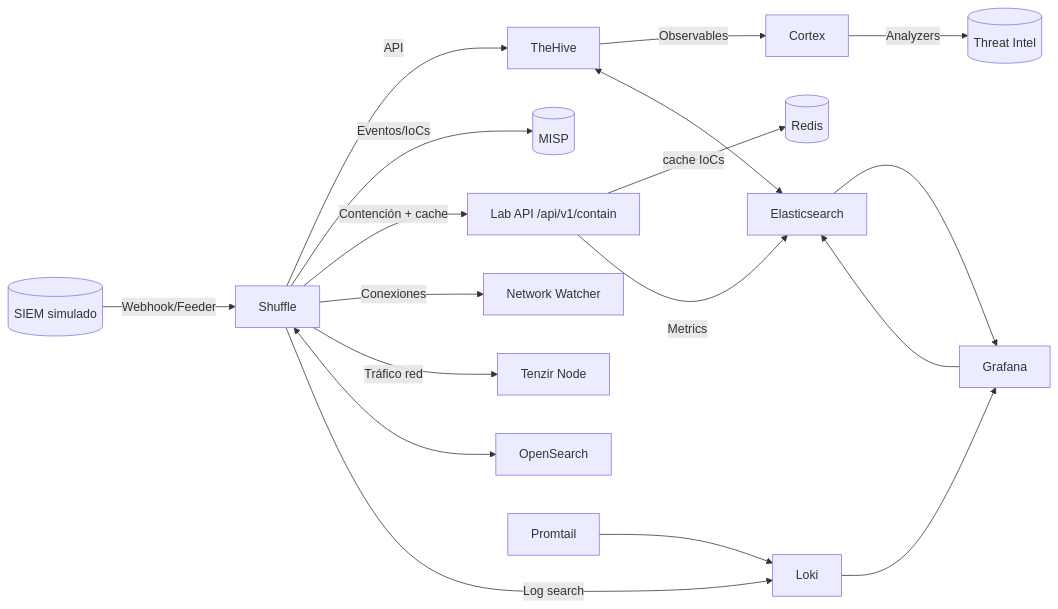
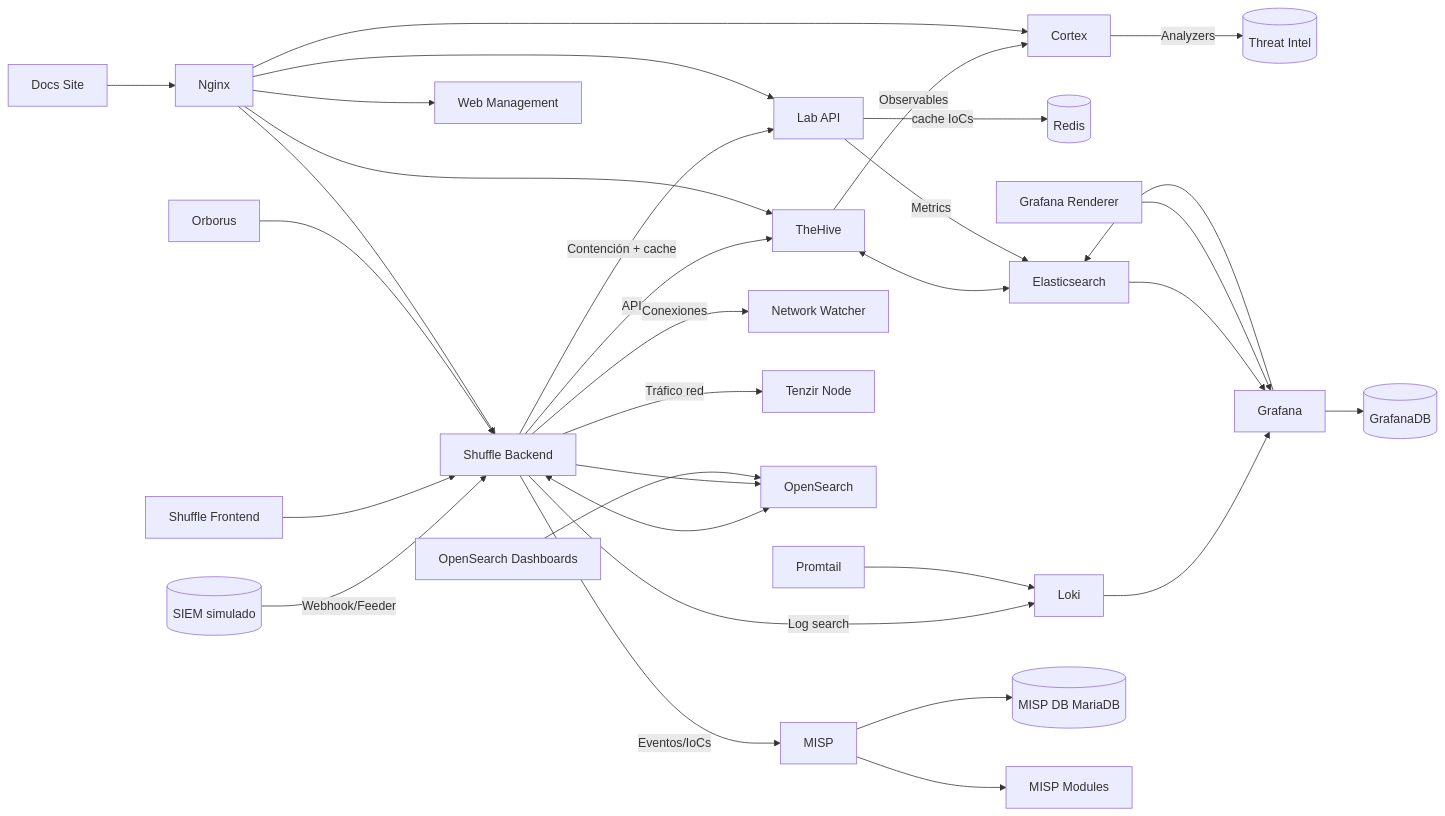
Before and after one commit to alesanfe/soar-ransomware-lab: the first of 12 diagrams in docs/thesis/appendix_f.md, drawn with Mermaid. The commit also changed other lines of this file, not shown here.

````diff
--- a/docs/thesis/appendix_f.md
+++ b/docs/thesis/appendix_f.md
@@ -22,20 +17,34 @@
 ```mermaid
 flowchart LR
-  SIEM[(SIEM simulado)] -- Webhook/Feeder --> Shuffle
-  Shuffle -- API --> TheHive
+  SIEM[(SIEM simulado)] -- Webhook/Feeder --> ShuffleBE[Shuffle Backend]
+  ShuffleBE -- API --> TheHive
   TheHive -- Observables --> Cortex
   Cortex -- Analyzers --> TI[(Threat Intel)]
-  Shuffle -- Eventos/IoCs --> MISP[(MISP)]
-  Shuffle -- Contención + cache --> API[Lab API /api/v1/contain]
+  ShuffleBE -- Eventos/IoCs --> MISP
+  ShuffleBE -- Contención + cache --> API[Lab API]
   API -- cache IoCs --> Redis[(Redis)]
-  Shuffle -- Conexiones --> NW[Network Watcher]
-  Shuffle -- Tráfico red --> Tenzir[Tenzir Node]
-  TheHive <--> Elasticsearch
-  Shuffle <--> OpenSearch[OpenSearch]
-  API -- Metrics --> Elasticsearch
-  Shuffle -- Log search --> Loki[Loki]
+  ShuffleBE -- Conexiones --> NW[Network Watcher]
+  ShuffleBE -- Tráfico red --> Tenzir[Tenzir Node]
+  TheHive <--> ES[Elasticsearch]
+  ShuffleBE <--> OS[OpenSearch]
+  API -- Metrics --> ES
+  ShuffleBE -- Log search --> Loki[Loki]
   Promtail[Promtail] --> Loki
   Loki --> Grafana[Grafana]
-  Elasticsearch --> Grafana
-  Grafana --> Elasticsearch
+  ES --> Grafana
+  Grafana --> ES
+  Grafana --> GrafanaDB[(GrafanaDB)]
+  GrafanaRenderer[Grafana Renderer] --> Grafana
+  ShuffleFE[Shuffle Frontend] --> ShuffleBE
+  Orborus[Orborus] --> ShuffleBE
+  ShuffleBE --> OS
+  OSDashboards[OpenSearch Dashboards] --> OS
+  MISP --> MISPDB[(MISP DB MariaDB)]
+  MISP --> MISPModules[MISP Modules]
+  Nginx[Nginx] --> API
+  Nginx --> WebMgmt[Web Management]
+  Nginx --> TheHive
+  Nginx --> Cortex
+  Nginx --> ShuffleBE
+  DocsSite[Docs Site] --> Nginx
 ```
````
